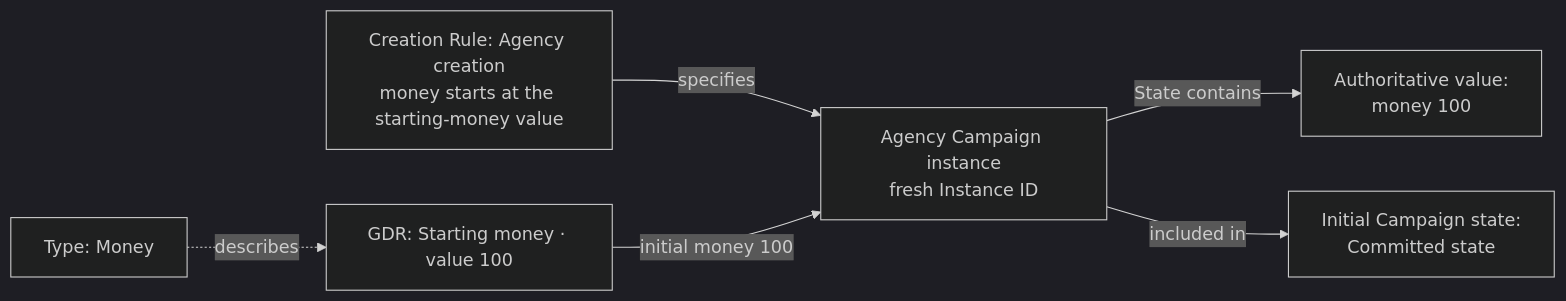
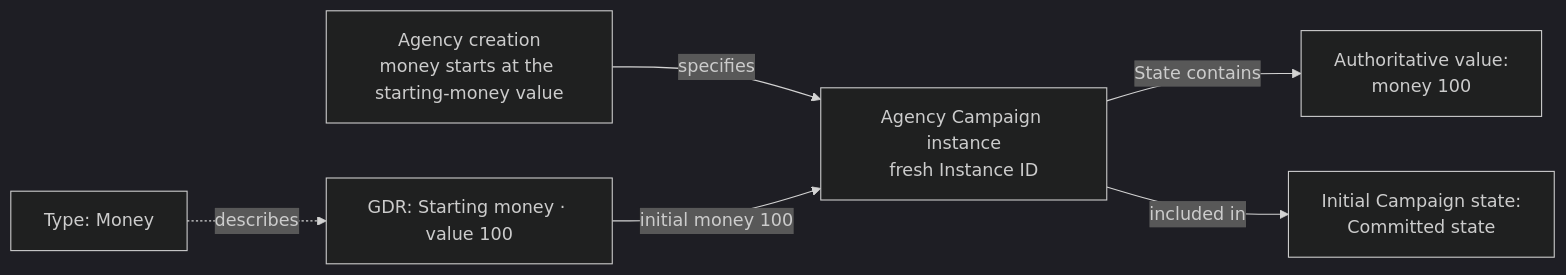
The first of 6 diagrams in docs/specs/foundation/campaign-modeling-contract.md (konrad-jamrozik/game-v5), drawn with Mermaid (dark theme) before and after one commit. The commit also changed other lines of this file and 14 other files, not shown here.

````diff
--- a/docs/specs/foundation/campaign-modeling-contract.md
+++ b/docs/specs/foundation/campaign-modeling-contract.md
@@ -217,8 +217,8 @@
 ```mermaid
 flowchart LR
     Type["Type: Money"] -.->|describes| GDR["GDR: Starting money · value 100"]
-    Rule["Creation Rule: Agency creation<br/>money starts at the starting-money value"] -->|specifies| Agency["Agency Campaign instance<br/>fresh Instance ID"]
+    Creation["Agency creation<br/>money starts at the starting-money value"] -->|specifies| Agency["Agency Campaign instance<br/>fresh Instance ID"]
     GDR -->|initial money 100| Agency
     Agency -->|State contains| Money["Authoritative value:<br/>money 100"]
     Agency -->|included in| State["Initial Campaign state:<br/>Committed state"]
 ```
````
